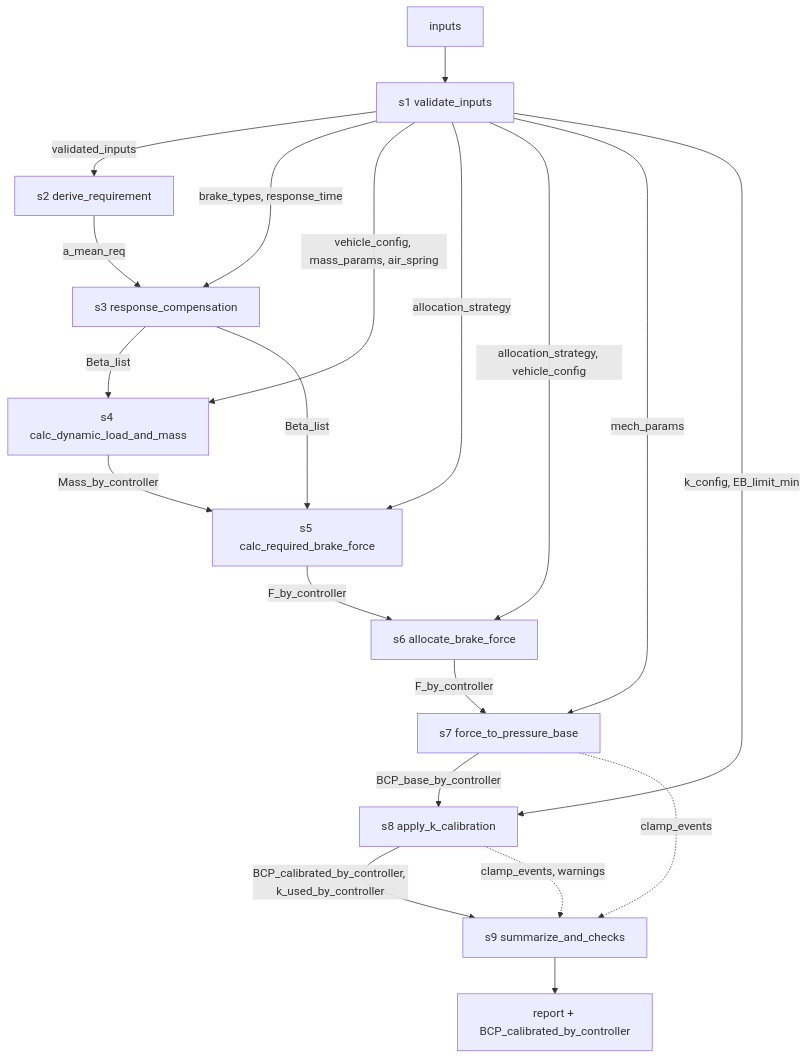
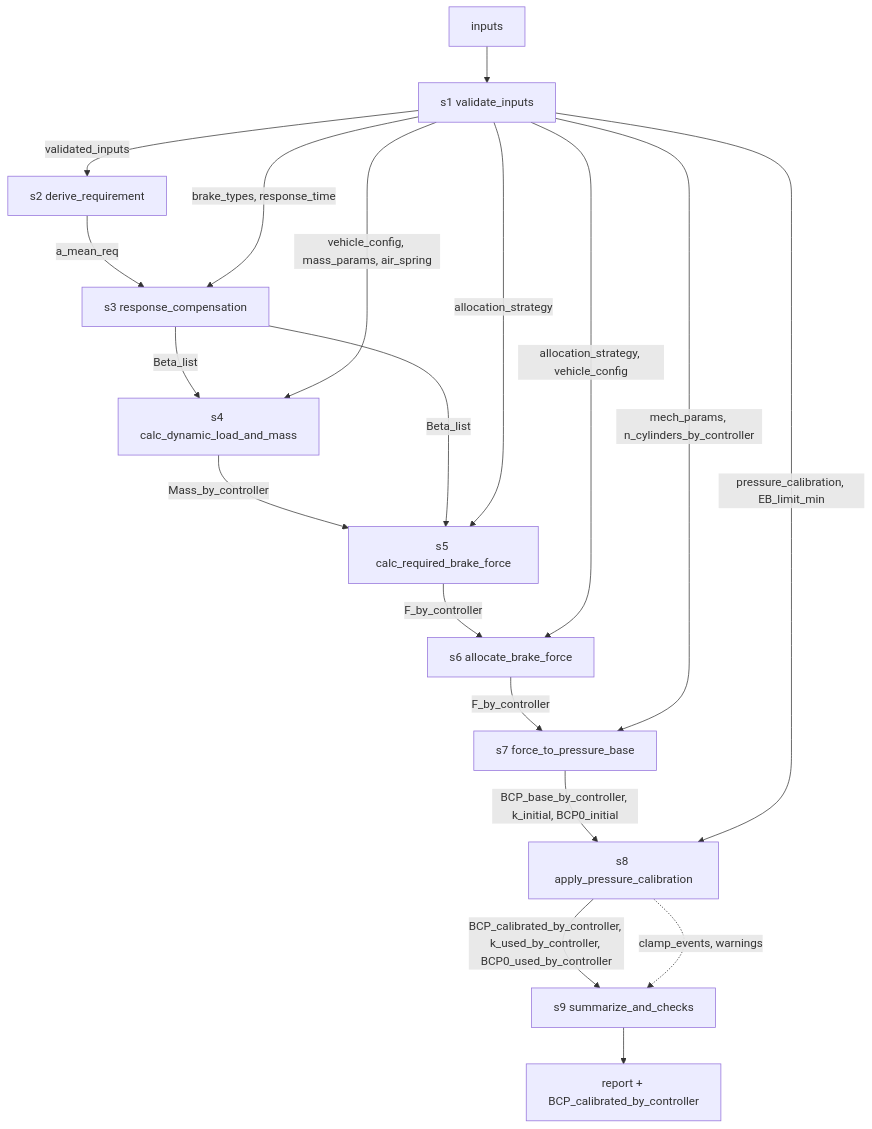
One commit to diowang13/Brake_Calc changed the diagram in specs/Brake_Calc_ Workflow_Spec_v1.0.md. Above: the diagram before and after it, drawn with Mermaid. The commit also changed other lines of this file and 29 other files, not shown here.

````diff
--- a/specs/Brake_Calc_ Workflow_Spec_v1.0.md
+++ b/specs/Brake_Calc_ Workflow_Spec_v1.0.md
@@ -218,22 +248,21 @@
 ```mermaid
 flowchart TD
   IN[inputs] --> S1[s1 validate_inputs]
   S1 -->|validated_inputs| S2[s2 derive_requirement]
   S2 -->|a_mean_req| S3[s3 response_compensation]
   S1 -->|brake_types, response_time| S3
   S3 -->|Beta_list| S4[s4 calc_dynamic_load_and_mass]
   S1 -->|vehicle_config, mass_params, air_spring| S4
   S4 -->|Mass_by_controller| S5[s5 calc_required_brake_force]
   S3 -->|Beta_list| S5
   S1 -->|allocation_strategy| S5
   S5 -->|F_by_controller| S6[s6 allocate_brake_force]
   S1 -->|allocation_strategy, vehicle_config| S6
   S6 -->|F_by_controller| S7[s7 force_to_pressure_base]
-  S1 -->|mech_params| S7
-  S7 -->|BCP_base_by_controller| S8[s8 apply_k_calibration]
-  S1 -->|k_config, EB_limit_min| S8
-  S8 -->|BCP_calibrated_by_controller, k_used_by_controller| S9[s9 summarize_and_checks]
-  S7 -.clamp_events.-> S9
+  S1 -->|mech_params, n_cylinders_by_controller| S7
+  S7 -->|BCP_base_by_controller, k_initial, BCP0_initial| S8[s8 apply_pressure_calibration]
+  S1 -->|pressure_calibration, EB_limit_min| S8
+  S8 -->|BCP_calibrated_by_controller, k_used_by_controller, BCP0_used_by_controller| S9[s9 summarize_and_checks]
   S8 -.clamp_events, warnings.-> S9
   S9 --> OUT[report + BCP_calibrated_by_controller]
 ```
````
